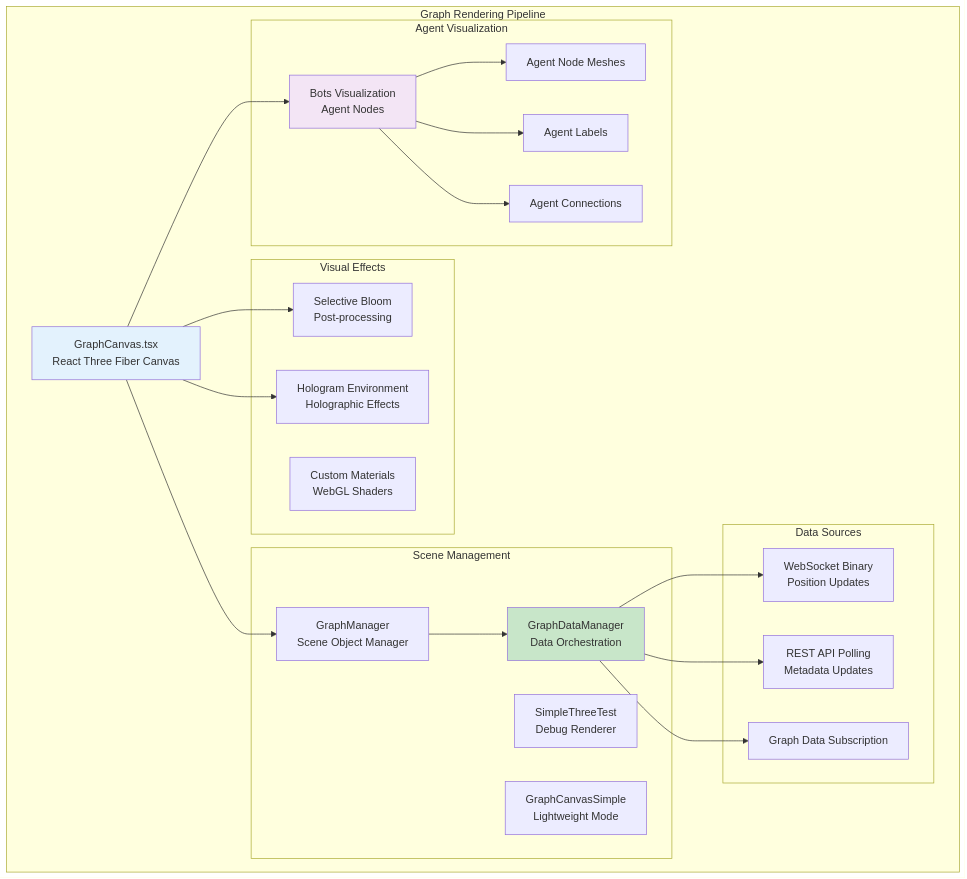
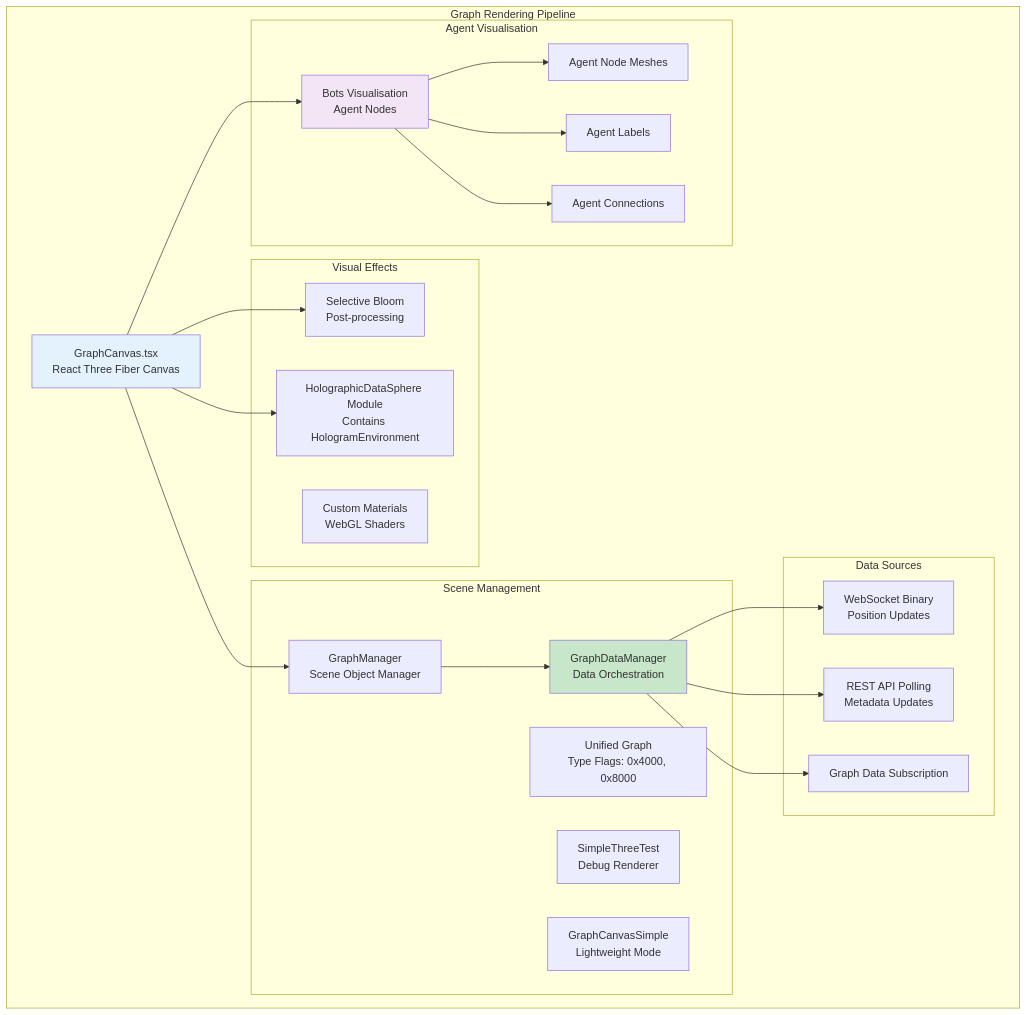
Before and after one commit to DreamLab-AI/VisionFlow: the third of 14 diagrams in docs/client-architecture-current.md, drawn with Mermaid. The commit also changed other lines of this file, not shown here.

Commit message:
fully update client diagrams

````diff
--- a/docs/client-architecture-current.md
+++ b/docs/client-architecture-current.md
@@ -288,50 +290,51 @@
 ```mermaid
 graph TB
     subgraph "Graph Rendering Pipeline"
         GraphCanvas["GraphCanvas.tsx<br/>React Three Fiber Canvas"]
 
         subgraph "Scene Management"
             GraphManager["GraphManager<br/>Scene Object Manager"]
             GraphDataManager["GraphDataManager<br/>Data Orchestration"]
+            UnifiedImplementation["Unified Graph<br/>Type Flags: 0x4000, 0x8000"]
             SimpleThreeTest["SimpleThreeTest<br/>Debug Renderer"]
             GraphCanvasSimple["GraphCanvasSimple<br/>Lightweight Mode"]
         end
 
         subgraph "Data Sources"
             WebSocketBinary["WebSocket Binary<br/>Position Updates"]
             RESTPolling["REST API Polling<br/>Metadata Updates"]
             GraphDataSubscription["Graph Data Subscription"]
         end
 
         subgraph "Visual Effects"
             SelectiveBloom["Selective Bloom<br/>Post-processing"]
-            HologramEnvironment["Hologram Environment<br/>Holographic Effects"]
+            HolographicDataSphere["HolographicDataSphere Module<br/>Contains HologramEnvironment"]
             CustomMaterials["Custom Materials<br/>WebGL Shaders"]
         end
 
-        subgraph "Agent Visualization"
-            BotsVisualization["Bots Visualization<br/>Agent Nodes"]
+        subgraph "Agent Visualisation"
+            BotsVisualisation["Bots Visualisation<br/>Agent Nodes"]
             AgentNodes["Agent Node Meshes"]
             AgentLabels["Agent Labels"]
             AgentConnections["Agent Connections"]
         end
 
         GraphCanvas --> GraphManager
         GraphCanvas --> SelectiveBloom
-        GraphCanvas --> HologramEnvironment
-        GraphCanvas --> BotsVisualization
+        GraphCanvas --> HolographicDataSphere
+        GraphCanvas --> BotsVisualisation
 
         GraphManager --> GraphDataManager
         GraphDataManager --> WebSocketBinary
         GraphDataManager --> RESTPolling
         GraphDataManager --> GraphDataSubscription
 
-        BotsVisualization --> AgentNodes
-        BotsVisualization --> AgentLabels
-        BotsVisualization --> AgentConnections
+        BotsVisualisation --> AgentNodes
+        BotsVisualisation --> AgentLabels
+        BotsVisualisation --> AgentConnections
 
         style GraphCanvas fill:#e3f2fd
         style GraphDataManager fill:#c8e6c9
-        style BotsVisualization fill:#f3e5f5
+        style BotsVisualisation fill:#f3e5f5
     end
 ```
````
